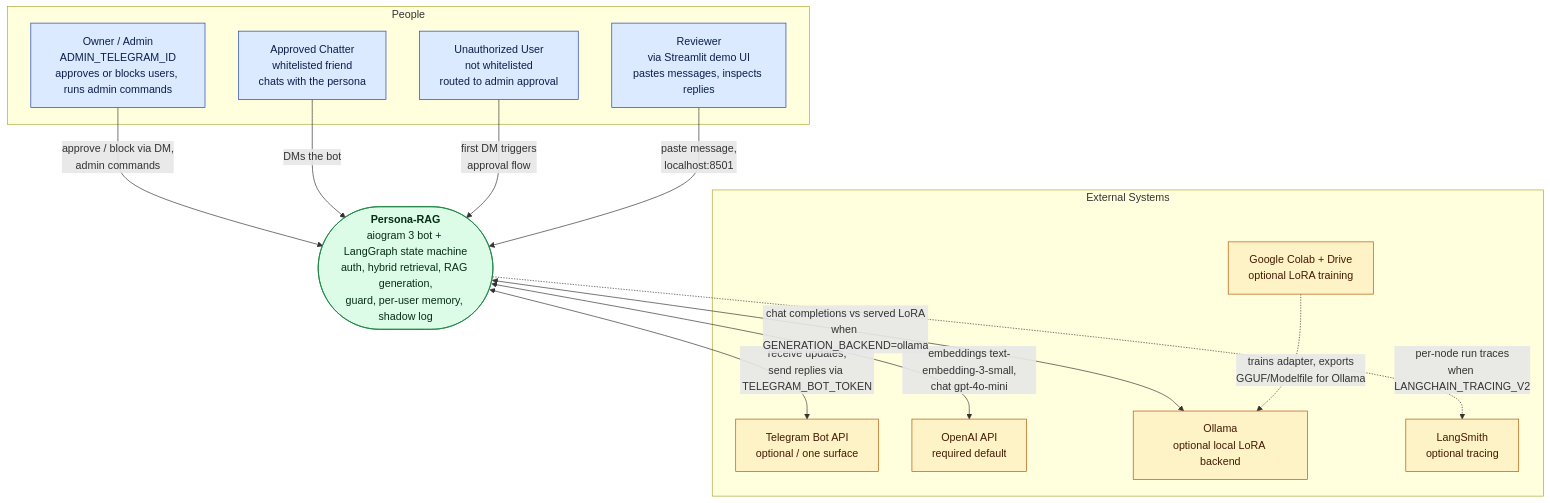
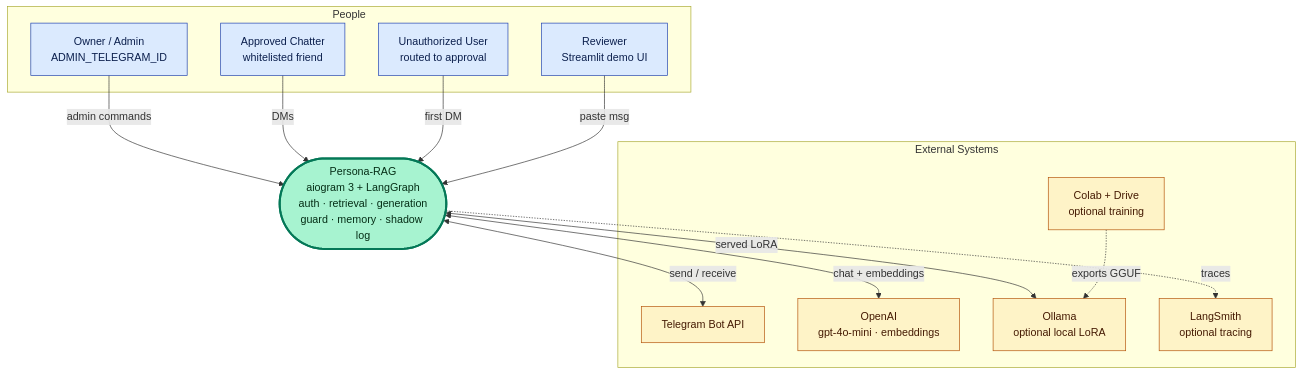
Before and after one commit to BohdanChuprynka/Persona-RAG: the diagram in README.md, drawn with Mermaid. The commit also changed other lines of this file and 13 other files, not shown here.

First line of the commit message:
docs(diagrams): overhaul Mermaid diagrams + fix dark-theme readability

````diff
--- a/README.md
+++ b/README.md
@@ -24,42 +24,38 @@
 ```mermaid
 %% C4 Level 1: System Context for Persona-RAG
 %% Standard Mermaid flowchart (renders on GitHub; NOT the C4Context dialect).
 flowchart TD
-    subgraph People[People]
-        Owner[Owner / Admin<br/>ADMIN_TELEGRAM_ID<br/>approves or blocks users, runs admin commands]
-        Chatter[Approved Chatter<br/>whitelisted friend<br/>chats with the persona]
-        Unauth[Unauthorized User<br/>not whitelisted<br/>routed to admin approval]
-        Reviewer[Reviewer<br/>via Streamlit demo UI<br/>pastes messages, inspects replies]
+    subgraph People
+        Owner[Owner / Admin<br/>ADMIN_TELEGRAM_ID]
+        Chatter[Approved Chatter<br/>whitelisted friend]
+        Unauth[Unauthorized User<br/>routed to approval]
+        Reviewer[Reviewer<br/>Streamlit demo UI]
     end
 
-    Core(["<b>Persona-RAG</b><br/>aiogram 3 bot + LangGraph state machine<br/>auth, hybrid retrieval, RAG generation,<br/>guard, per-user memory, shadow log"])
+    Core(["Persona-RAG<br/>aiogram 3 + LangGraph<br/>auth · retrieval · generation<br/>guard · memory · shadow log"])
 
-    subgraph External[External Systems]
-        TG[Telegram Bot API<br/>optional / one surface]
-        OpenAI[OpenAI API<br/>required default]
-        Ollama[Ollama<br/>optional local LoRA backend]
-        Colab[Google Colab + Drive<br/>optional LoRA training]
+    subgraph External["External Systems"]
+        TG[Telegram Bot API]
+        OpenAI[OpenAI<br/>gpt-4o-mini · embeddings]
+        Ollama[Ollama<br/>optional local LoRA]
+        Colab[Colab + Drive<br/>optional training]
         LangSmith[LangSmith<br/>optional tracing]
     end
 
-    %% People -> System
-    Owner -->|approve / block via DM,<br/>admin commands| Core
-    Chatter -->|DMs the bot| Core
-    Unauth -->|first DM triggers<br/>approval flow| Core
-    Reviewer -->|paste message,<br/>localhost:8501| Core
+    Owner -->|admin commands| Core
+    Chatter -->|DMs| Core
+    Unauth -->|first DM| Core
+    Reviewer -->|paste msg| Core
 
-    %% System <-> External
-    Core <-->|receive updates,<br/>send replies via TELEGRAM_BOT_TOKEN| TG
-    Core <-->|embeddings text-embedding-3-small,<br/>chat gpt-4o-mini| OpenAI
-    Core <-->|chat completions vs served LoRA<br/>when GENERATION_BACKEND=ollama| Ollama
-    Colab -.->|trains adapter, exports<br/>GGUF/Modelfile for Ollama| Ollama
-    Core -.->|per-node run traces<br/>when LANGCHAIN_TRACING_V2| LangSmith
+    Core <-->|send / receive| TG
+    Core <-->|chat + embeddings| OpenAI
+    Core <-->|served LoRA| Ollama
+    Colab -.->|exports GGUF| Ollama
+    Core -.->|traces| LangSmith
 
     classDef person fill:#dbeafe,stroke:#1e40af,color:#0b1f4d;
-    classDef system fill:#dcfce7,stroke:#15803d,color:#052e16;
     classDef ext fill:#fef3c7,stroke:#b45309,color:#451a03;
-
     class Owner,Chatter,Unauth,Reviewer person;
-    class Core system;
     class TG,OpenAI,Ollama,Colab,LangSmith ext;
+    style Core fill:#a7f3d0,stroke:#047857,stroke-width:3px,color:#052e16
 ```
````
